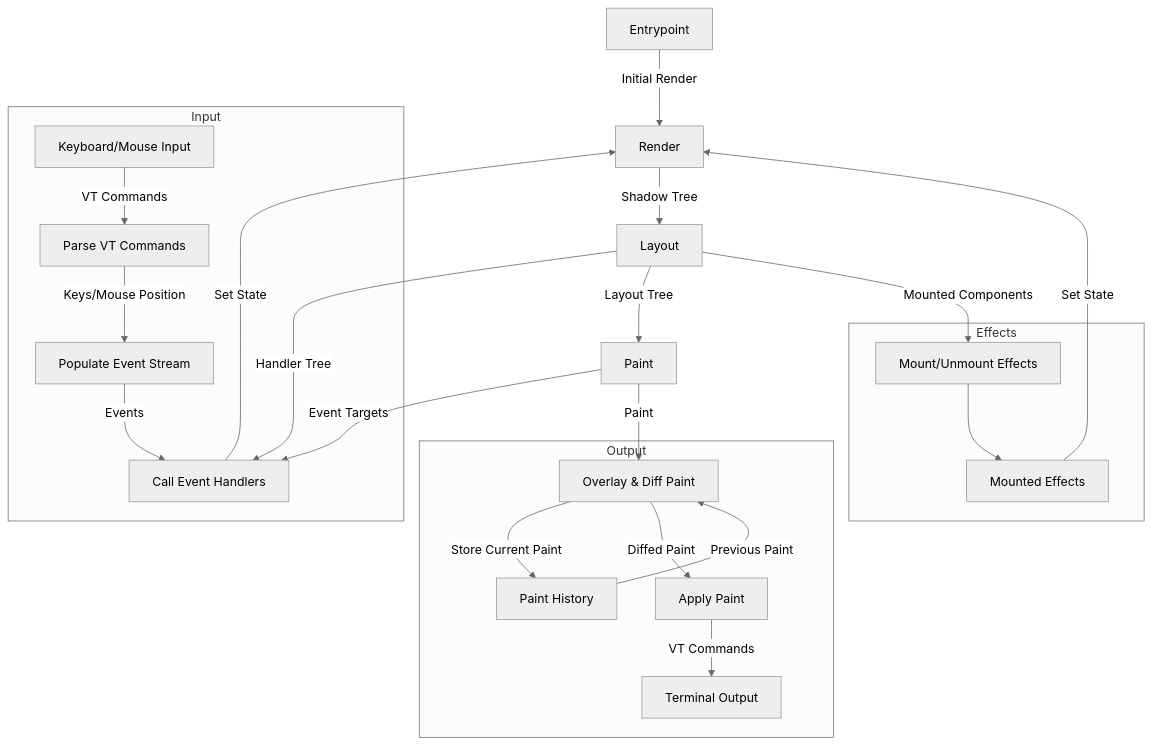
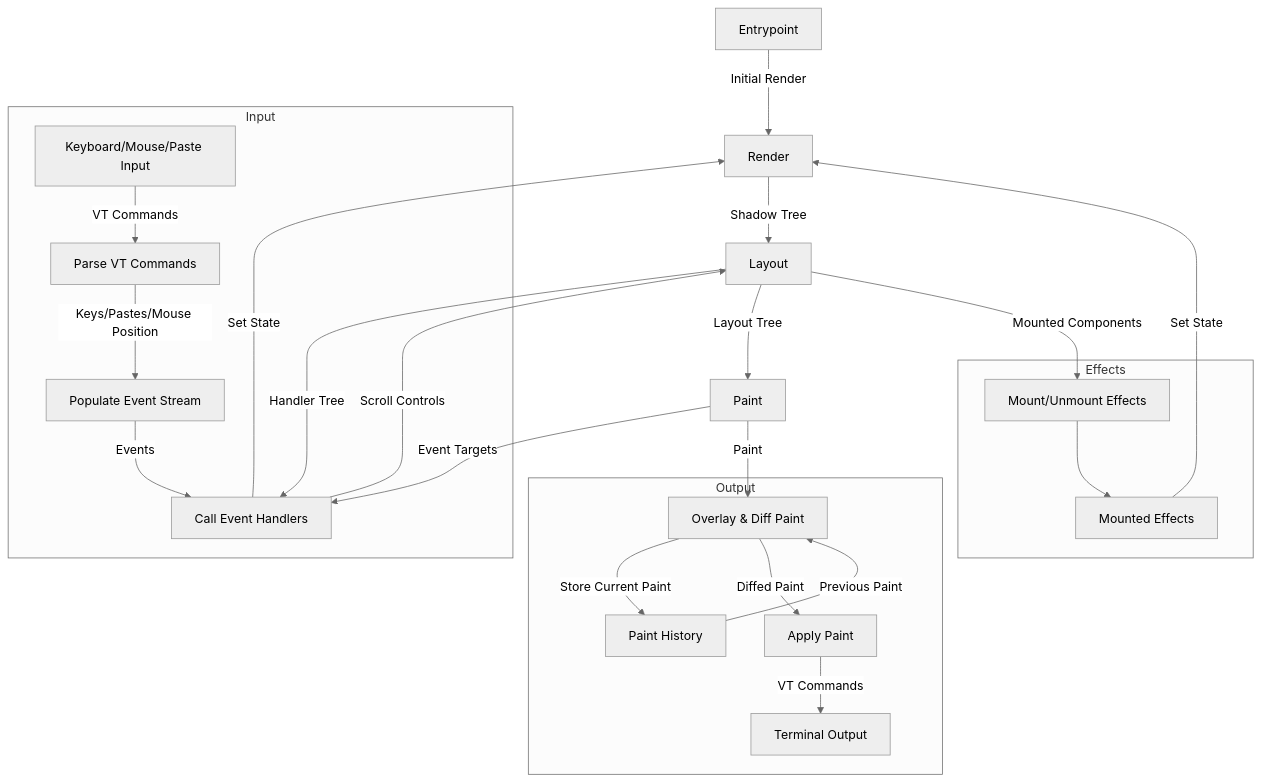
Before and after one commit to JoshKarpel/counterweight: the diagram in docs/under-the-hood/index.md, drawn with Mermaid (neutral theme). The commit also changed 189 other files, not shown here.

````diff
--- a/docs/under-the-hood/index.md
+++ b/docs/under-the-hood/index.md
@@ -17,50 +17,51 @@
 ```mermaid
 flowchart TB
 
     en[Entrypoint]
     r[Render]
     l[Layout]
     p[Paint]
 
     subgraph Output
         ph[Paint History]
         dp[Overlay & Diff Paint]
         d[Apply Paint]
         t[Terminal Output]
     end
 
     subgraph Input
-        i[Keyboard/Mouse Input]
+        i[Keyboard/Mouse/Paste Input]
         vp[Parse VT Commands]
         ev[Populate Event Stream]
         eh[Call Event Handlers]
     end
 
     subgraph Effects
         efm[Mount/Unmount Effects]
         eff[Mounted Effects]
     end
 
     en -- Initial Render --> r
     r -- Shadow Tree --> l
     l -- Layout Tree --> p
     p -- Paint --> dp
 
     ph -- Previous Paint --> dp
     dp -- Store Current Paint --> ph
     dp -- Diffed Paint --> d
 
     d -- VT Commands --> t
 
     i -- VT Commands --> vp
-    vp -- Keys/Mouse Position --> ev
+    vp -- Keys/Pastes/Mouse Position --> ev
     ev -- Events --> eh
     l -- Handler Tree --> eh
     p -- Event Targets --> eh
 
     eh -- Set State --> r
+    eh -- Scroll Controls --> l
 
     l -- Mounted Components --> efm
     efm --> eff
     eff -- Set State --> r
 ```
````
